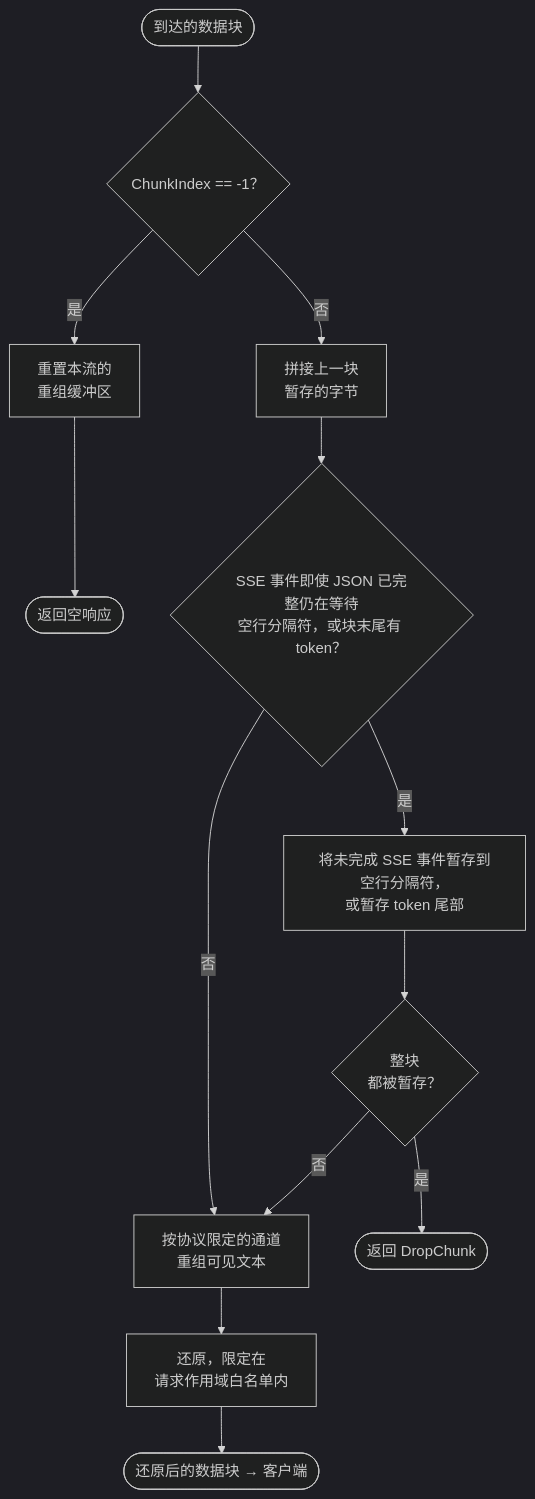
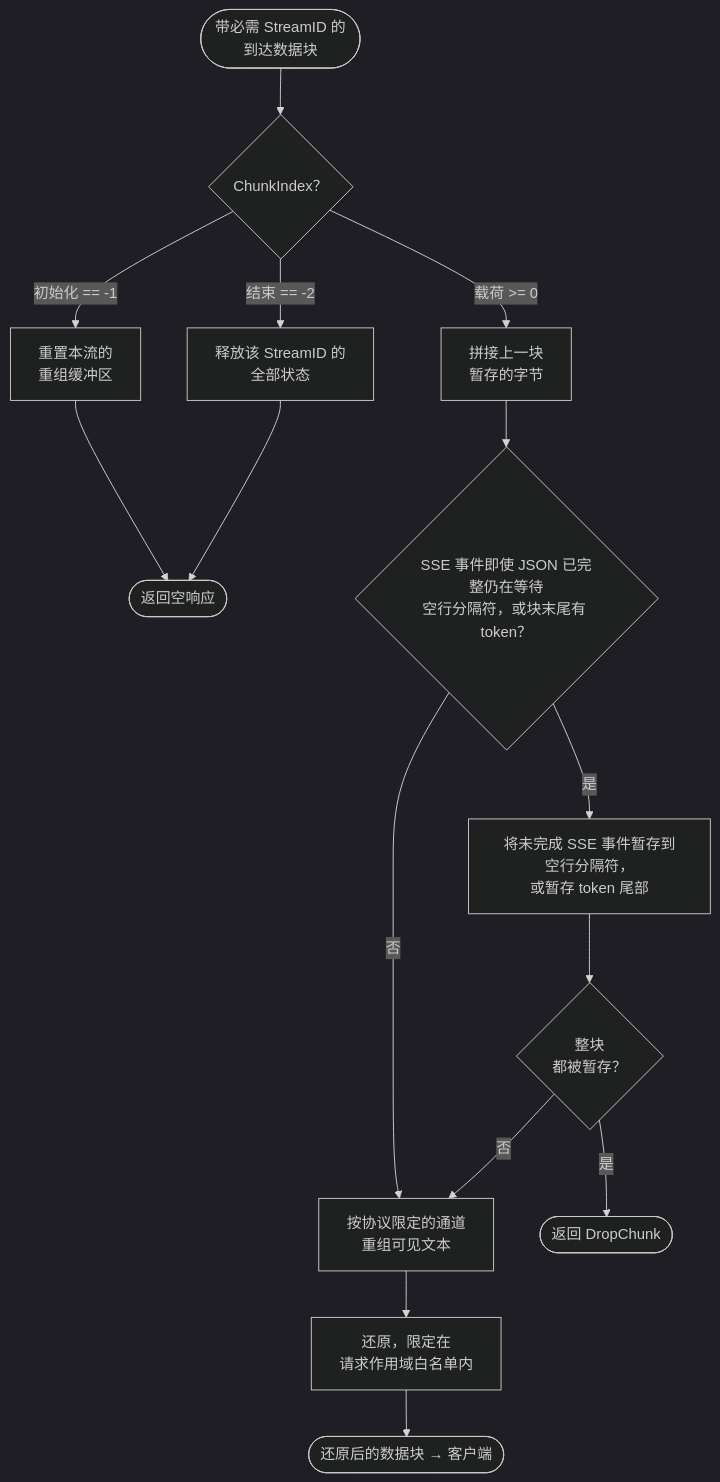
The fourth of 4 diagrams in README.zh-CN.md (jianhongyu136/plugin-privacy-filter), drawn with Mermaid (dark theme) before and after one commit. The commit also changed other lines of this file and 8 other files, not shown here.

Commit message:
feat: 适配 schema 4 有状态流会话

````diff
--- a/README.zh-CN.md
+++ b/README.zh-CN.md
@@ -130,15 +130,17 @@
 ```mermaid
 flowchart TB
-    chunk([到达的数据块]) --> init{ChunkIndex == -1？}
-    init -->|是| reset[重置本流的<br/>重组缓冲区]
+    chunk([带必需 StreamID 的<br/>到达数据块]) --> init{ChunkIndex？}
+    init -->|初始化 == -1| reset[重置本流的<br/>重组缓冲区]
     reset --> done([返回空响应])
-    init -->|否| prepend[拼接上一块<br/>暂存的字节]
+    init -->|载荷 >= 0| prepend[拼接上一块<br/>暂存的字节]
+    init -->|结束 == -2| release[释放该 StreamID 的<br/>全部状态]
+    release --> done
     prepend --> split{SSE 事件即使 JSON 已完整仍在等待<br/>空行分隔符，或块末尾有 token？}
     split -->|是| hold[将未完成 SSE 事件暂存到空行分隔符，<br/>或暂存 token 尾部]
     split -->|否| semantic[按协议限定的通道<br/>重组可见文本]
     hold --> whole{整块<br/>都被暂存？}
     whole -->|是| drop([返回 DropChunk])
     whole -->|否| semantic
     semantic --> detok[还原，限定在<br/>请求作用域白名单内]
     detok --> emit([还原后的数据块 → 客户端])
 ```
````
